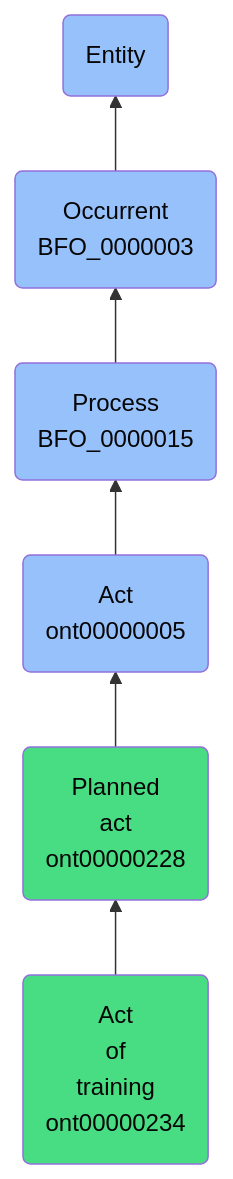
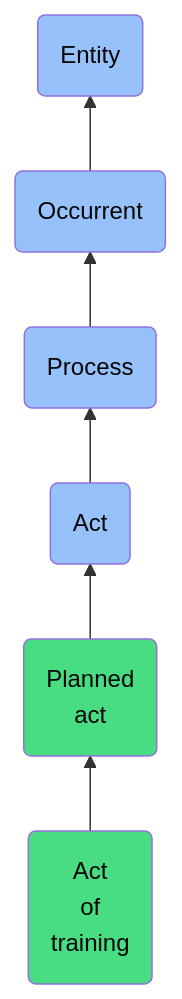
Before and after one commit to jupyter-naas/abi: the diagram in docs/ontology/reference/model/Entity/Occurrent/Process/Act/Planned act/Act of training/Act of training.md, drawn with Mermaid. The commit also changed other lines of this file and 1430 other files, not shown here.

````diff
--- a/docs/ontology/reference/model/Entity/Occurrent/Process/Act/Planned act/Act of training/Act of training.md
+++ b/docs/ontology/reference/model/Entity/Occurrent/Process/Act/Planned act/Act of training/Act of training.md
@@ -24,13 +24,13 @@
 ```mermaid
 graph BT
-    ont00000234(Act<br>of<br>training<br>ont00000234):::ABI-->ont00000228
-    ont00000228(Planned<br>act<br>ont00000228):::ABI-->ont00000005
-    ont00000005(Act<br>ont00000005):::BFO-->BFO_0000015
-    BFO_0000015(Process<br>BFO_0000015):::BFO-->BFO_0000003
-    BFO_0000003(Occurrent<br>BFO_0000003):::BFO-->BFO_0000001
+    ont00000234(Act<br>of<br>training):::ABI-->ont00000228
+    ont00000228(Planned<br>act):::ABI-->ont00000005
+    ont00000005(Act):::BFO-->BFO_0000015
+    BFO_0000015(Process):::BFO-->BFO_0000003
+    BFO_0000003(Occurrent):::BFO-->BFO_0000001
     BFO_0000001(Entity):::BFO
     
     classDef BFO fill:#97c1fb,color:#060606
     classDef CCO fill:#e4c51e,color:#060606
     classDef ABI fill:#48DD82,color:#060606
 ```
````
